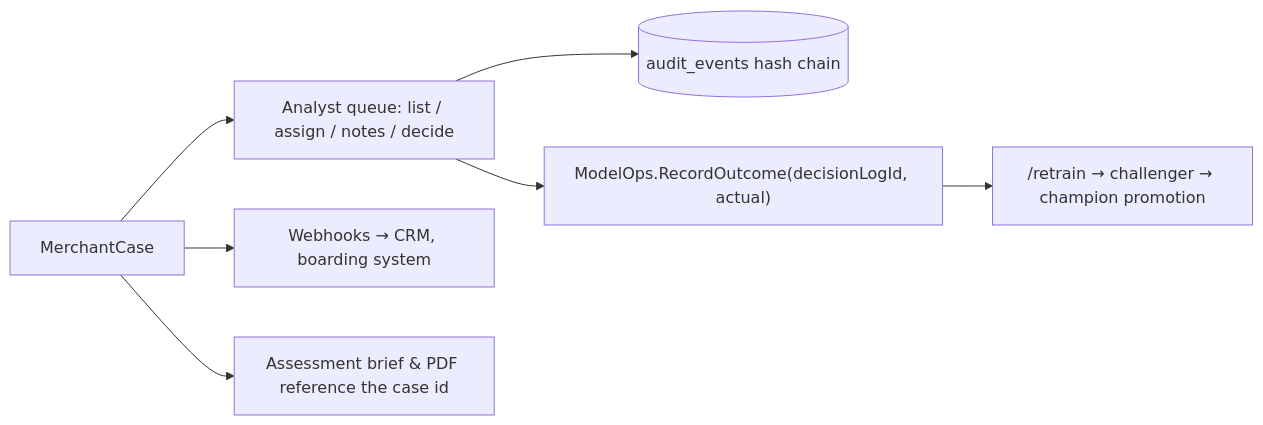
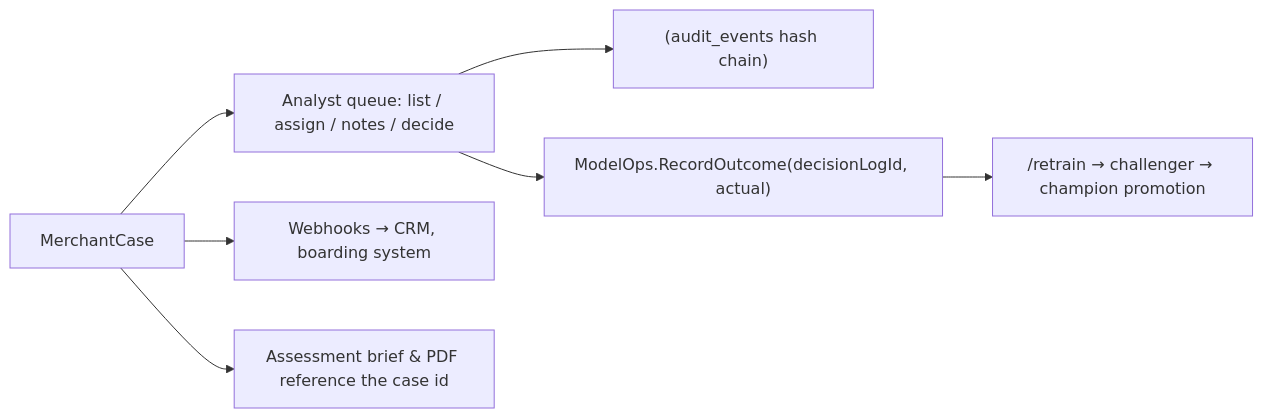
One commit to NitinRawat26/MerchantIntelligence changed the third of 3 diagrams in docs/steps/case.md. Above: the diagram before and after it, drawn with Mermaid. The commit also changed other lines of this file and 5 other files, not shown here.

Commit message:
docs: fix mermaid labels so every step diagram renders

````diff
--- a/docs/steps/case.md
+++ b/docs/steps/case.md
@@ -135,9 +135,9 @@
 ```mermaid
 flowchart LR
     C[MerchantCase] --> Q[Analyst queue: list / assign / notes / decide]
     C --> W[Webhooks → CRM, boarding system]
-    Q --> A[(audit_events hash chain)]
+    Q --> A["(audit_events hash chain)"]
     Q --> O["ModelOps.RecordOutcome(decisionLogId, actual)"]
     O --> R["/retrain → challenger → champion promotion"]
     C --> P[Assessment brief & PDF reference the case id]
 ```
````
